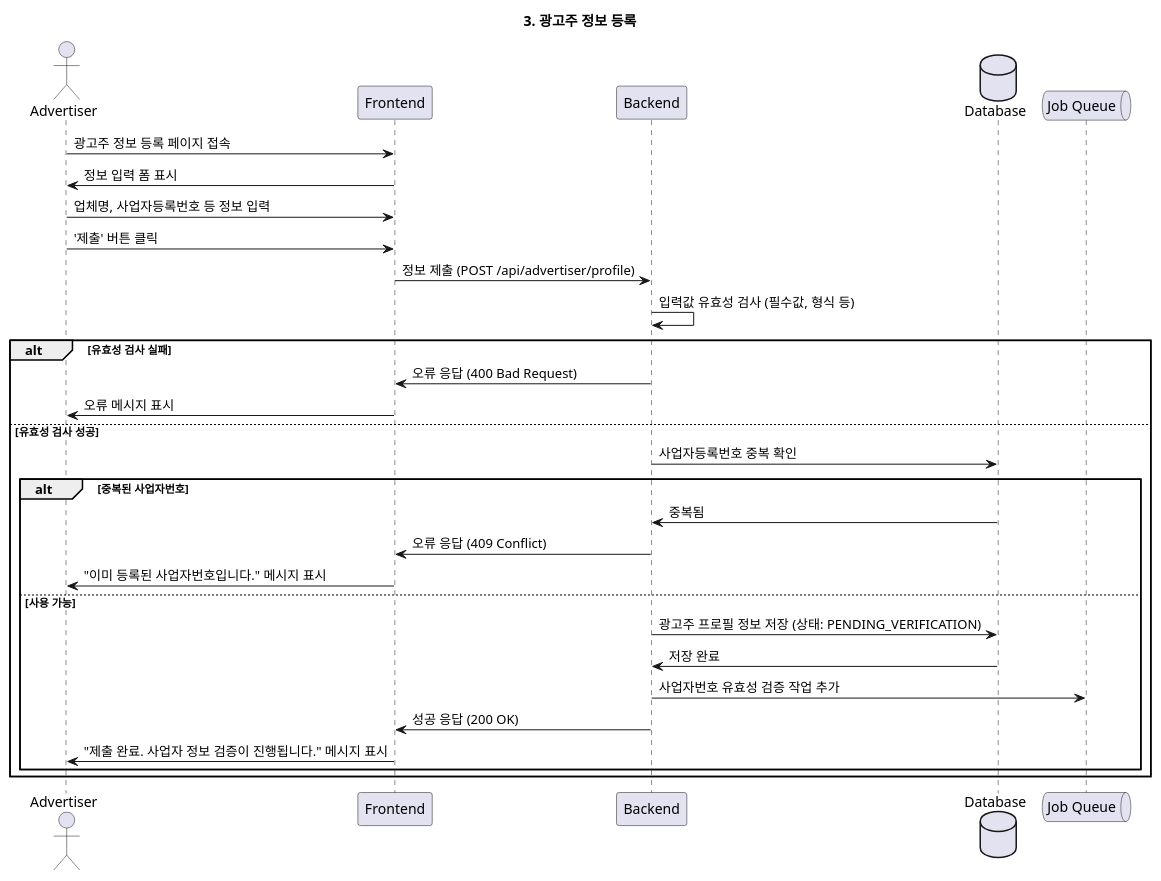
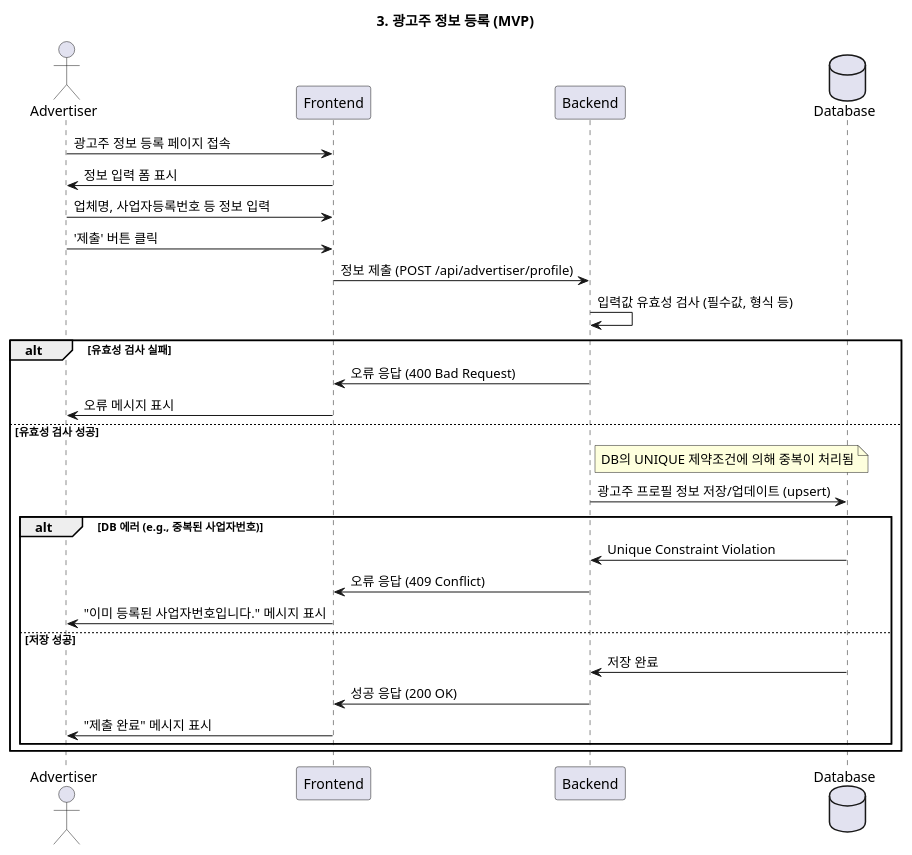
Before and after one commit to YeoulHi/Vibe_Mafia_w1_blog_platform: the diagram in docs/003/spec.md, drawn with PlantUML. The commit also changed other lines of this file and 22 other files, not shown here.

````diff
--- a/docs/003/spec.md
+++ b/docs/003/spec.md
@@ -41,38 +38,36 @@
 ```plantuml
 @startuml
-title 3. 광고주 정보 등록
+title 3. 광고주 정보 등록 (MVP)
 
 actor User as "Advertiser"
 participant FE as "Frontend"
 participant BE as "Backend"
 database DB as "Database"
-queue JobQueue as "Job Queue"
 
 User -> FE: 광고주 정보 등록 페이지 접속
 FE -> User: 정보 입력 폼 표시
 
 User -> FE: 업체명, 사업자등록번호 등 정보 입력
 User -> FE: '제출' 버튼 클릭
 
 FE -> BE: 정보 제출 (POST /api/advertiser/profile)
 BE -> BE: 입력값 유효성 검사 (필수값, 형식 등)
 alt 유효성 검사 실패
     BE -> FE: 오류 응답 (400 Bad Request)
     FE -> User: 오류 메시지 표시
 else 유효성 검사 성공
-    BE -> DB: 사업자등록번호 중복 확인
-    alt 중복된 사업자번호
-        DB -> BE: 중복됨
+    note right of BE: DB의 UNIQUE 제약조건에 의해 중복이 처리됨
+    BE -> DB: 광고주 프로필 정보 저장/업데이트 (upsert)
+    alt DB 에러 (e.g., 중복된 사업자번호)
+        DB -> BE: Unique Constraint Violation
         BE -> FE: 오류 응답 (409 Conflict)
         FE -> User: "이미 등록된 사업자번호입니다." 메시지 표시
-    else 사용 가능
-        BE -> DB: 광고주 프로필 정보 저장 (상태: PENDING_VERIFICATION)
+    else 저장 성공
         DB -> BE: 저장 완료
-        BE -> JobQueue: 사업자번호 유효성 검증 작업 추가
         BE -> FE: 성공 응답 (200 OK)
-        FE -> User: "제출 완료. 사업자 정보 검증이 진행됩니다." 메시지 표시
+        FE -> User: "제출 완료" 메시지 표시
     end
 end
 
 @enduml
 ```
````
